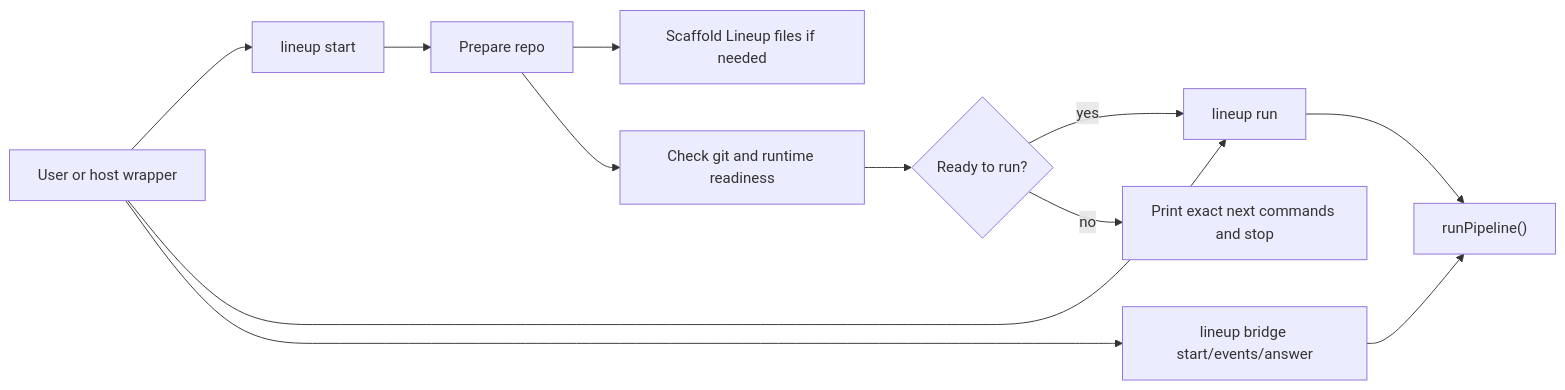
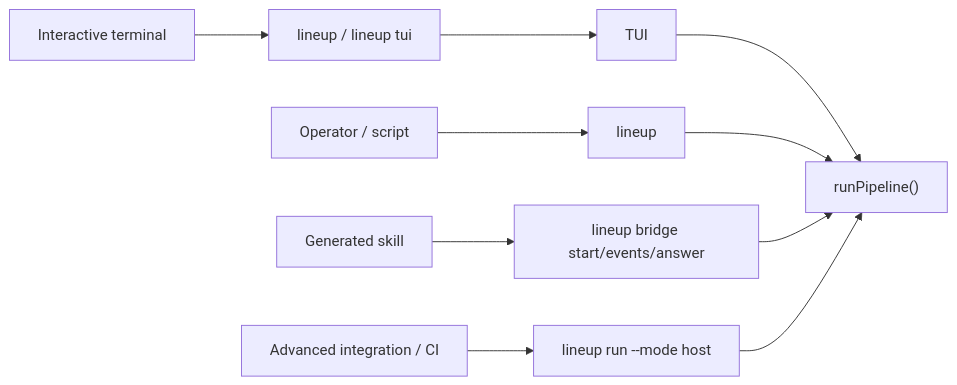
The diagram in docs/cli-overview.md (izantech/lineup), drawn with Mermaid before and after one commit. The commit also changed other lines of this file and 43 other files, not shown here.

Commit message:
Finish interactive TUI and align docs

````diff
--- a/docs/cli-overview.md
+++ b/docs/cli-overview.md
@@ -25,16 +21,15 @@
 ```mermaid
 flowchart LR
-  user["User or host wrapper"] --> start["lineup start"]
-  user --> run["lineup run"]
-  user --> bridge["lineup bridge start/events/answer"]
+  interactive["Interactive terminal"] --> tui["lineup / lineup tui"]
+  tui --> ui["TUI"]
+  ui --> engine["runPipeline()"]
 
-  start --> prep["Prepare repo"]
-  prep --> init["Scaffold Lineup files if needed"]
-  prep --> doctor["Check git and runtime readiness"]
-  doctor --> ready{"Ready to run?"}
-  ready -- yes --> run
-  ready -- no --> next["Print exact next commands and stop"]
+  operator["Operator / script"] --> sub["lineup <subcommand>"]
+  sub --> engine
 
-  run --> engine["runPipeline()"]
+  skill["Generated skill"] --> bridge["lineup bridge start/events/answer"]
   bridge --> engine
+
+  ci["Advanced integration / CI"] --> host["lineup run --mode host"]
+  host --> engine
 ```
````
